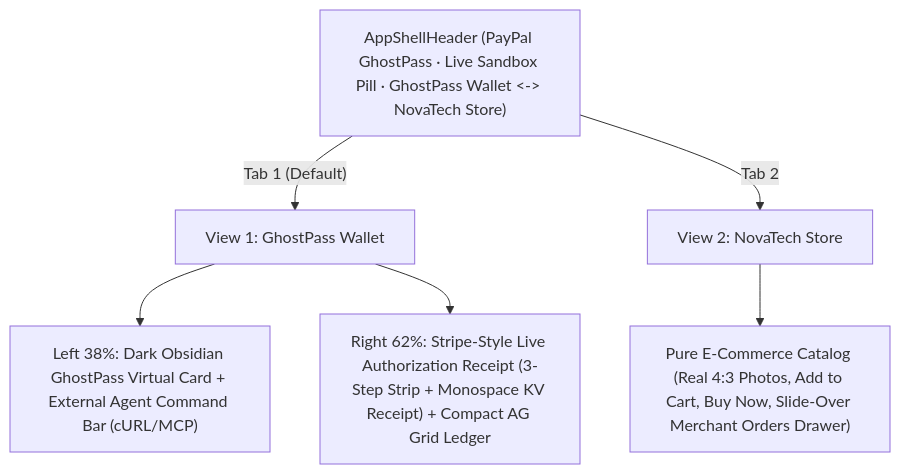
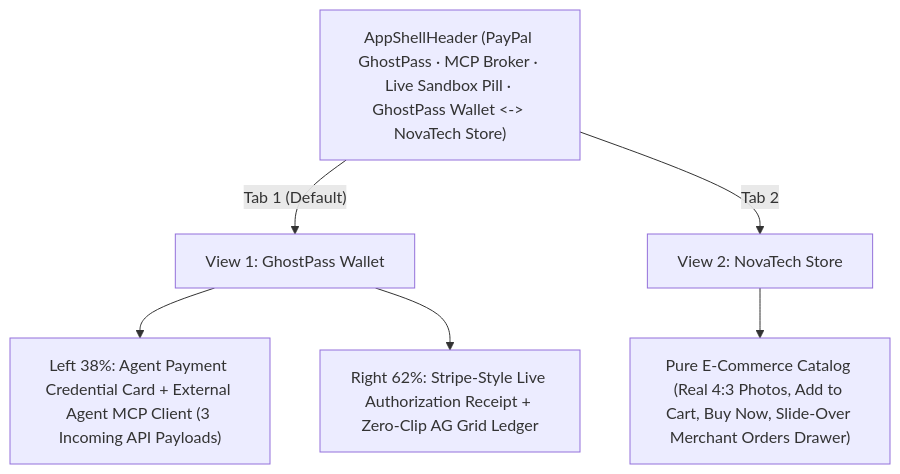
The diagram in docs/03-UI-UX-AND-DEMO-BLUEPRINT.md (bhargava562/paypass-agent), drawn with Mermaid before and after one commit. The commit also changed other lines of this file and 4 other files, not shown here.

Commit message:
refactor(ui): position PayPal GhostPass as Programmable Payment Pass and MCP Broker with external payload triggers and zero-clip ledger

````diff
--- a/docs/03-UI-UX-AND-DEMO-BLUEPRINT.md
+++ b/docs/03-UI-UX-AND-DEMO-BLUEPRINT.md
@@ -9,11 +9,11 @@
 ```mermaid
 flowchart TD
-    Shell["AppShellHeader (PayPal GhostPass · Live Sandbox Pill · GhostPass Wallet <-> NovaTech Store)"]
+    Shell["AppShellHeader (PayPal GhostPass · MCP Broker · Live Sandbox Pill · GhostPass Wallet <-> NovaTech Store)"]
     Shell -->|"Tab 1 (Default)"| Wallet["View 1: GhostPass Wallet"]
     Shell -->|"Tab 2"| Store["View 2: NovaTech Store"]
 
-    Wallet --> Left["Left 38%: Dark Obsidian GhostPass Virtual Card + External Agent Command Bar (cURL/MCP)"]
-    Wallet --> Right["Right 62%: Stripe-Style Live Authorization Receipt (3-Step Strip + Monospace KV Receipt) + Compact AG Grid Ledger"]
+    Wallet --> Left["Left 38%: Agent Payment Credential Card + External Agent MCP Client (3 Incoming API Payloads)"]
+    Wallet --> Right["Right 62%: Stripe-Style Live Authorization Receipt + Zero-Clip AG Grid Ledger"]
 
     Store --> Retail["Pure E-Commerce Catalog (Real 4:3 Photos, Add to Cart, Buy Now, Slide-Over Merchant Orders Drawer)"]
 ```
````
